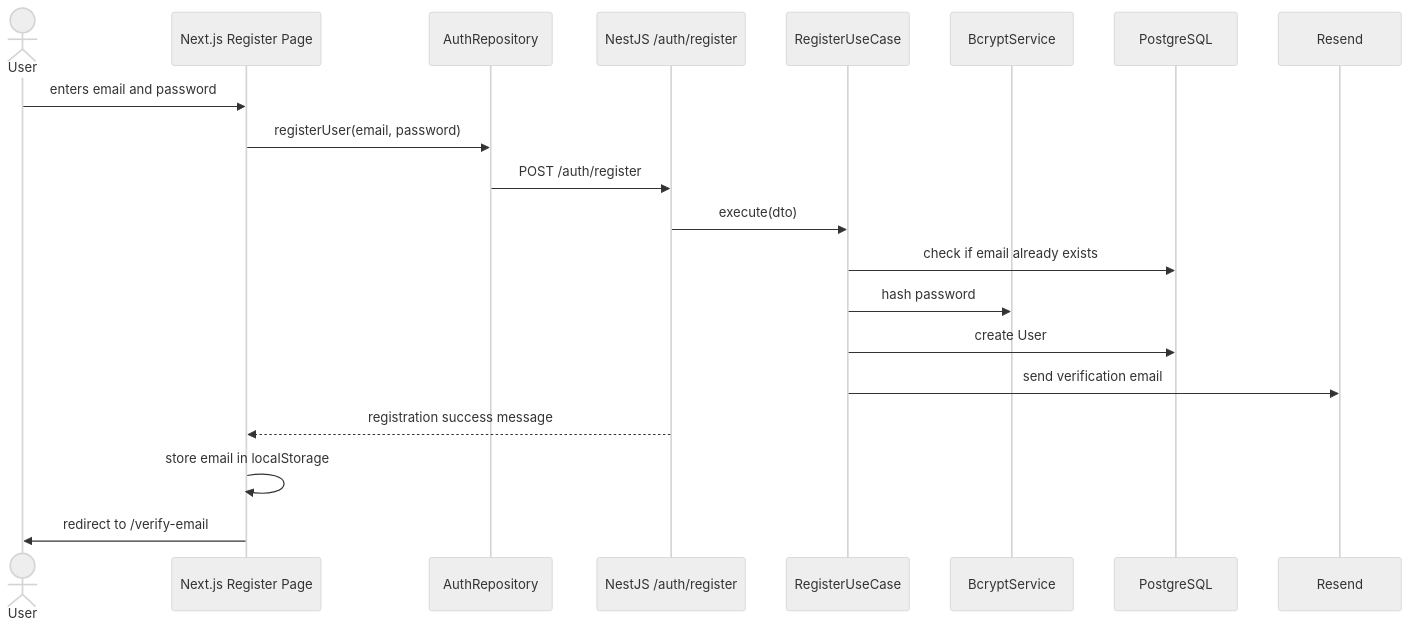
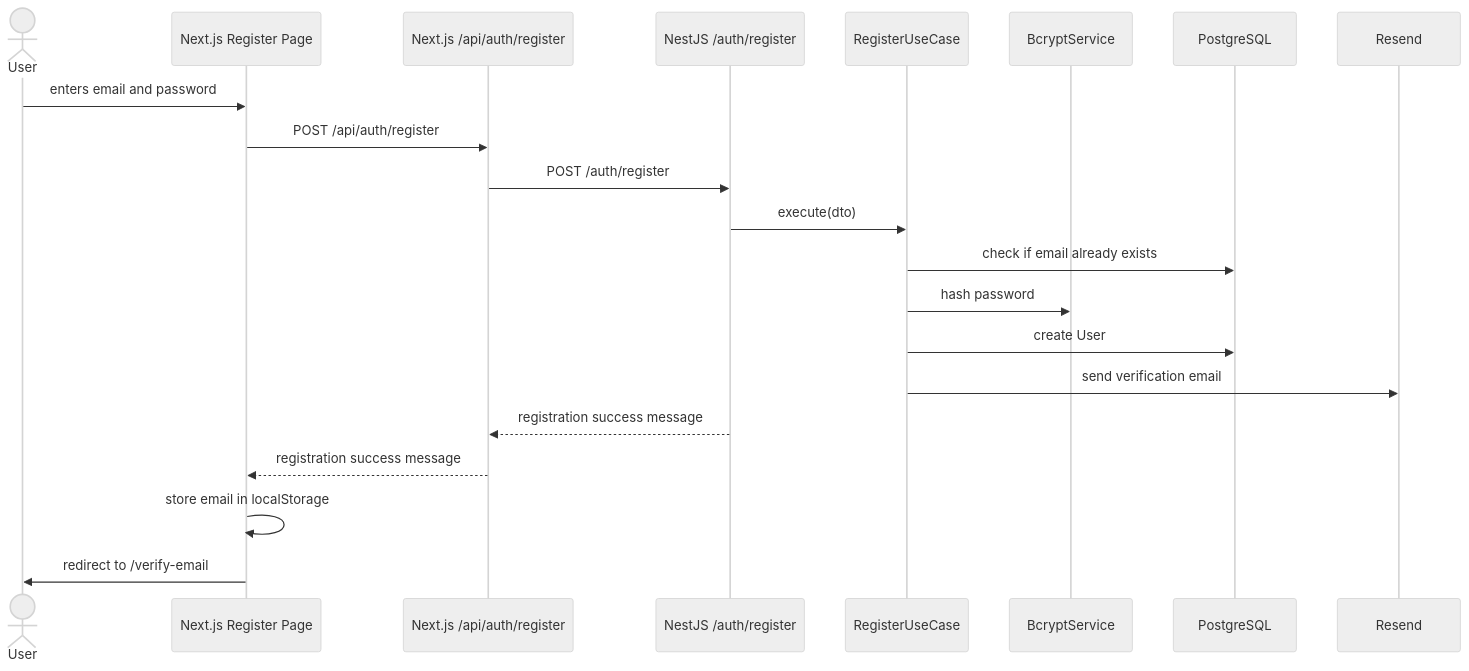
One commit to Erics-Barbers/erics-barbers-docs changed the third of 11 diagrams in Authentication Flows.md. Above: the diagram before and after it, drawn with Mermaid (neutral theme). The commit also changed other lines of this file and 6 other files, not shown here.

````diff
--- a/Authentication Flows.md
+++ b/Authentication Flows.md
@@ -173,23 +182,24 @@
 ```mermaid
 sequenceDiagram
     actor User
     participant RegisterPage as Next.js Register Page
-    participant AuthRepository as AuthRepository
+    participant NextRegister as Next.js /api/auth/register
     participant NestAuth as NestJS /auth/register
     participant RegisterUseCase as RegisterUseCase
     participant Bcrypt as BcryptService
     participant DB as PostgreSQL
     participant Email as Resend
 
     User->>RegisterPage: enters email and password
-    RegisterPage->>AuthRepository: registerUser(email, password)
-    AuthRepository->>NestAuth: POST /auth/register
+    RegisterPage->>NextRegister: POST /api/auth/register
+    NextRegister->>NestAuth: POST /auth/register
     NestAuth->>RegisterUseCase: execute(dto)
     RegisterUseCase->>DB: check if email already exists
     RegisterUseCase->>Bcrypt: hash password
     RegisterUseCase->>DB: create User
     RegisterUseCase->>Email: send verification email
-    NestAuth-->>RegisterPage: registration success message
+    NestAuth-->>NextRegister: registration success message
+    NextRegister-->>RegisterPage: registration success message
     RegisterPage->>RegisterPage: store email in localStorage
     RegisterPage->>User: redirect to /verify-email
 ```
````
